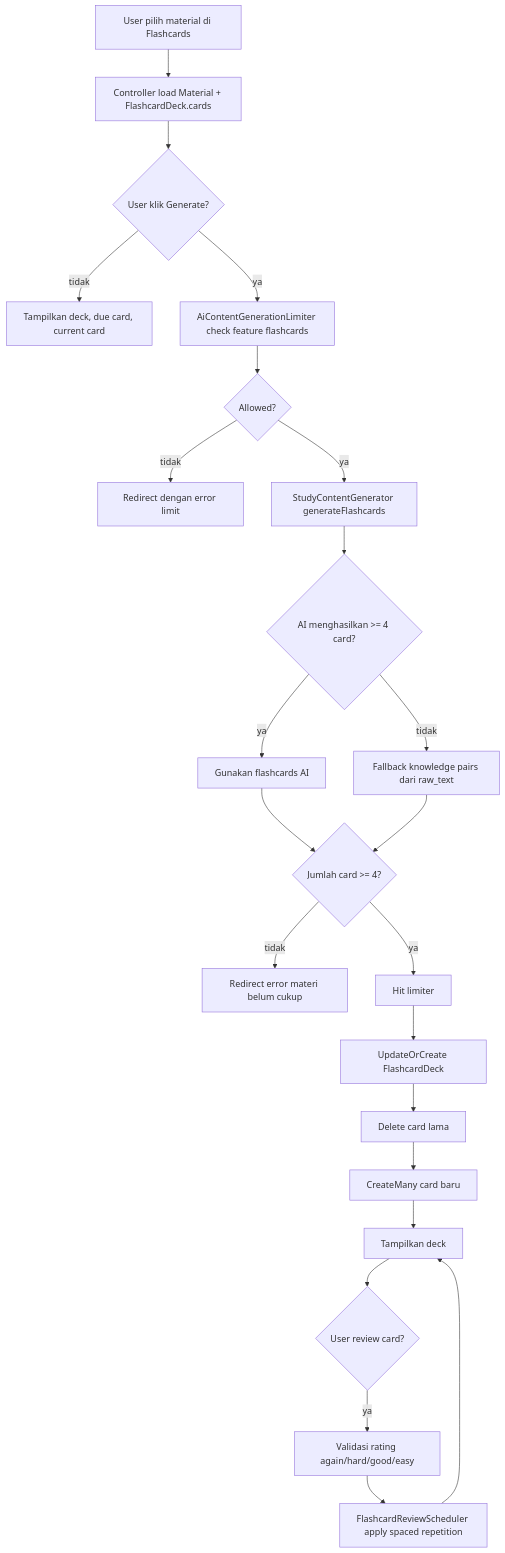
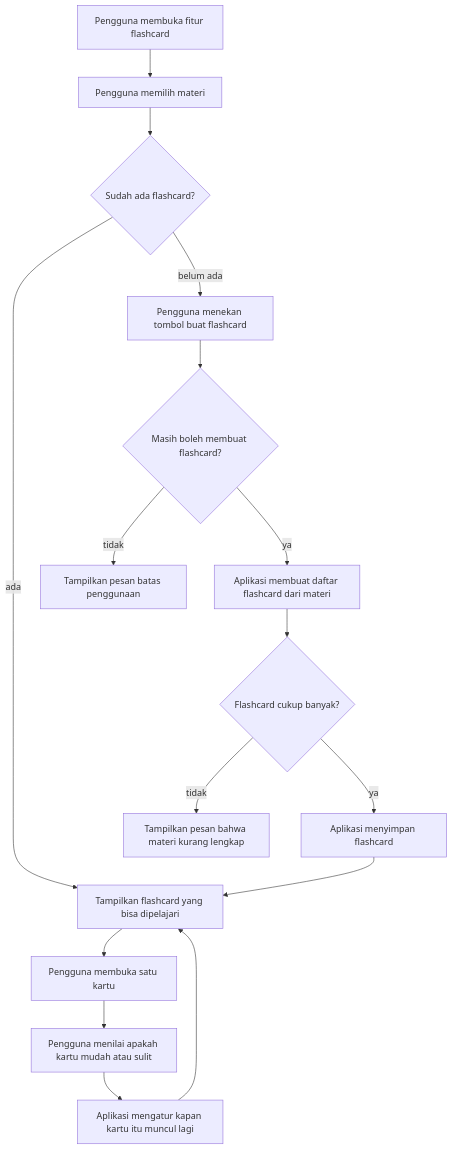
One commit to M-Aqilaz/Pelajarin.ai changed the fourth of 10 diagrams in DIAGRAM_REPOSITORY.md. Above: the diagram before and after it, drawn with Mermaid. The commit also changed other lines of this file, not shown here.

````diff
--- a/DIAGRAM_REPOSITORY.md
+++ b/DIAGRAM_REPOSITORY.md
@@ -257,25 +224,18 @@
 ```mermaid
 flowchart TD
-    A[User pilih material di Flashcards] --> B[Controller load Material + FlashcardDeck.cards]
-    B --> C{User klik Generate?}
-    C -- tidak --> D[Tampilkan deck, due card, current card]
-    C -- ya --> E[AiContentGenerationLimiter check feature flashcards]
-    E --> F{Allowed?}
-    F -- tidak --> G[Redirect dengan error limit]
-    F -- ya --> H[StudyContentGenerator generateFlashcards]
-    H --> I{AI menghasilkan >= 4 card?}
-    I -- ya --> J[Gunakan flashcards AI]
-    I -- tidak --> K[Fallback knowledge pairs dari raw_text]
-    J --> L{Jumlah card >= 4?}
-    K --> L
-    L -- tidak --> M[Redirect error materi belum cukup]
-    L -- ya --> N[Hit limiter]
-    N --> O[UpdateOrCreate FlashcardDeck]
-    O --> P[Delete card lama]
-    P --> Q[CreateMany card baru]
-    Q --> R[Tampilkan deck]
-    R --> S{User review card?}
-    S -- ya --> T[Validasi rating again/hard/good/easy]
-    T --> U[FlashcardReviewScheduler apply spaced repetition]
-    U --> R
+    A[Pengguna membuka fitur flashcard] --> B[Pengguna memilih materi]
+    B --> C{Sudah ada flashcard?}
+    C -- ada --> D[Tampilkan flashcard yang bisa dipelajari]
+    C -- belum ada --> E[Pengguna menekan tombol buat flashcard]
+    E --> F{Masih boleh membuat flashcard?}
+    F -- tidak --> G[Tampilkan pesan batas penggunaan]
+    F -- ya --> H[Aplikasi membuat daftar flashcard dari materi]
+    H --> I{Flashcard cukup banyak?}
+    I -- tidak --> J[Tampilkan pesan bahwa materi kurang lengkap]
+    I -- ya --> K[Aplikasi menyimpan flashcard]
+    K --> D
+    D --> L[Pengguna membuka satu kartu]
+    L --> M[Pengguna menilai apakah kartu mudah atau sulit]
+    M --> N[Aplikasi mengatur kapan kartu itu muncul lagi]
+    N --> D
 ```
````
